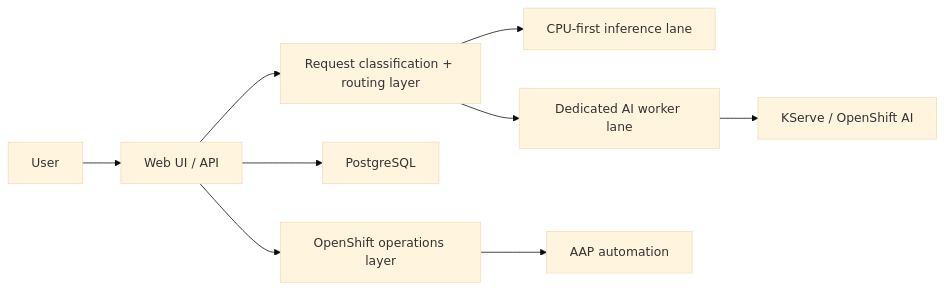
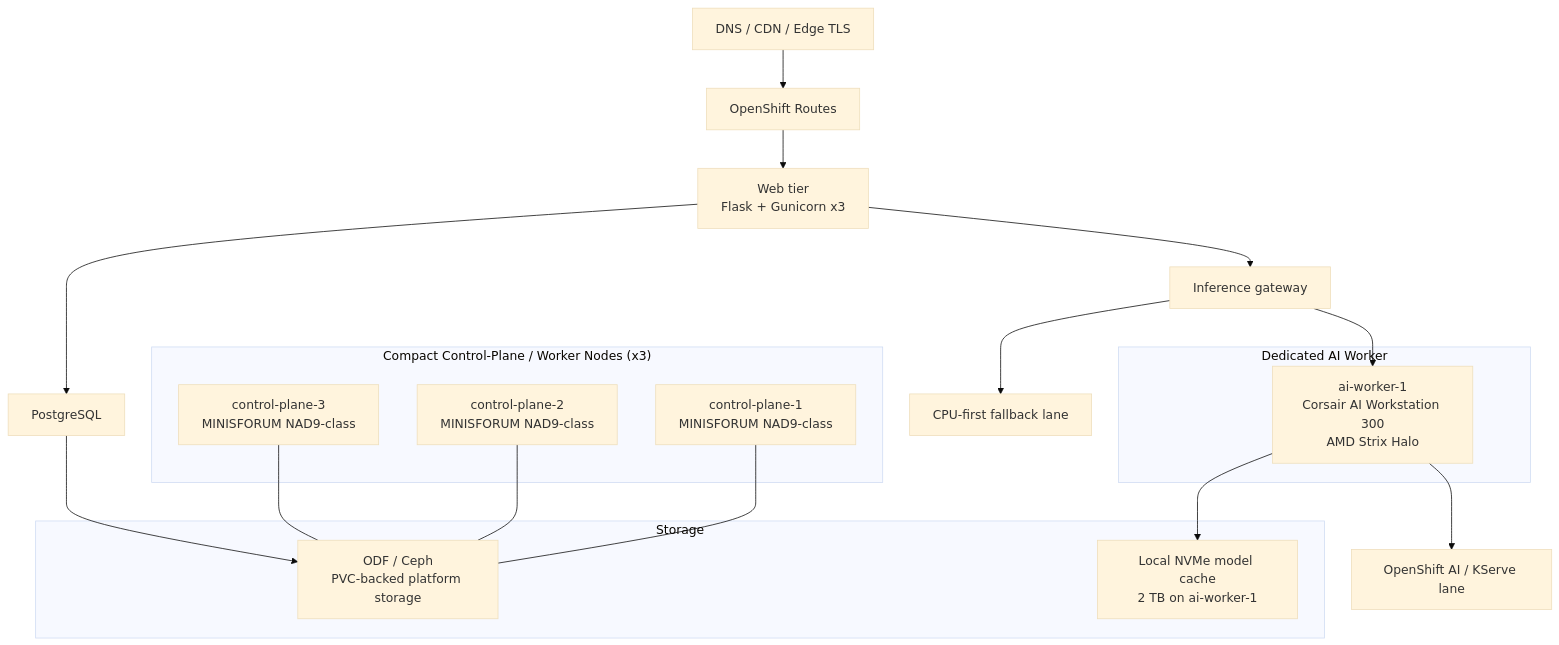
The diagram in README.md (m1xmstr/core-based-ocp), drawn with Mermaid (base theme) before and after one commit. The commit also changed other lines of this file and 24 other files, not shown here.

Commit message:
Complete rewrite: real benchmarks, architecture diagrams, cost analysis, detailed hardware guide, honest lessons learned

````diff
--- a/README.md
+++ b/README.md
@@ -60,11 +27,27 @@
 ```mermaid
-flowchart LR
-    U["User"] --> W["Web UI / API"]
-    W --> R["Request classification + routing layer"]
-    R --> C["CPU-first inference lane"]
-    R --> G["Dedicated AI worker lane"]
-    G --> K["KServe / OpenShift AI"]
-    W --> P["PostgreSQL"]
-    W --> O["OpenShift operations layer"]
-    O --> A["AAP automation"]
+graph TB
+  subgraph "Compact Control-Plane / Worker Nodes (x3)"
+    CP1["control-plane-1\nMINISFORUM NAD9-class"]
+    CP2["control-plane-2\nMINISFORUM NAD9-class"]
+    CP3["control-plane-3\nMINISFORUM NAD9-class"]
+  end
+  subgraph "Dedicated AI Worker"
+    AI1["ai-worker-1\nCorsair AI Workstation 300\nAMD Strix Halo"]
+  end
+  subgraph "Storage"
+    ODF["ODF / Ceph\nPVC-backed platform storage"]
+    NVME["Local NVMe model cache\n2 TB on ai-worker-1"]
+  end
+  Edge["DNS / CDN / Edge TLS"] --> Routes["OpenShift Routes"]
+  Routes --> Web["Web tier\nFlask + Gunicorn x3"]
+  Web --> PG["PostgreSQL"]
+  Web --> Gateway["Inference gateway"]
+  Gateway --> CPU["CPU-first fallback lane"]
+  Gateway --> AI1
+  AI1 --> KServe["OpenShift AI / KServe lane"]
+  CP1 --- ODF
+  CP2 --- ODF
+  CP3 --- ODF
+  AI1 --> NVME
+  PG --> ODF
 ```
````
